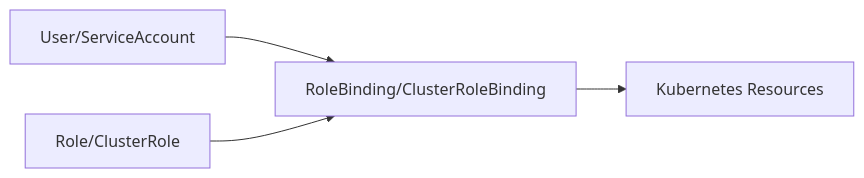
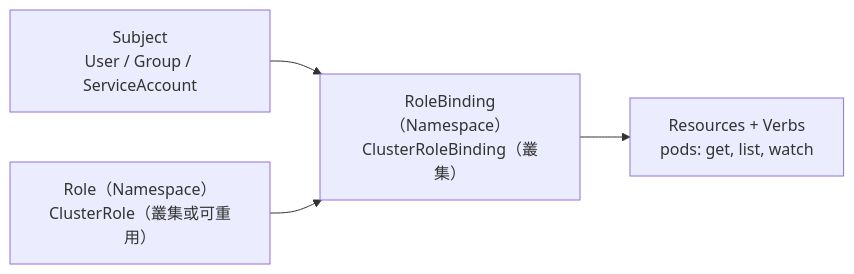
Diagram 20 of 31 in content/posts/教學/工具/Kubernetes教學手冊.md (chihhung/Blog), drawn with Mermaid before and after one commit. The commit also changed other lines of this file and 8 other files, not shown here.

````diff
--- a/content/posts/教學/工具/Kubernetes教學手冊.md
+++ b/content/posts/教學/工具/Kubernetes教學手冊.md
@@ -1507,11 +3709,6 @@
 ```mermaid
 flowchart LR
-    User[User/ServiceAccount]
-    Role[Role/ClusterRole]
-    Binding[RoleBinding/ClusterRoleBinding]
-    Resource[Kubernetes Resources]
-    
-    User --> Binding
-    Role --> Binding
-    Binding --> Resource
+    S["Subject<br/>User / Group / ServiceAccount"] --> B["RoleBinding（Namespace）<br/>ClusterRoleBinding（叢集）"]
+    R["Role（Namespace）<br/>ClusterRole（叢集或可重用）"] --> B
+    B --> RES["Resources + Verbs<br/>pods: get, list, watch"]
 ```
````
